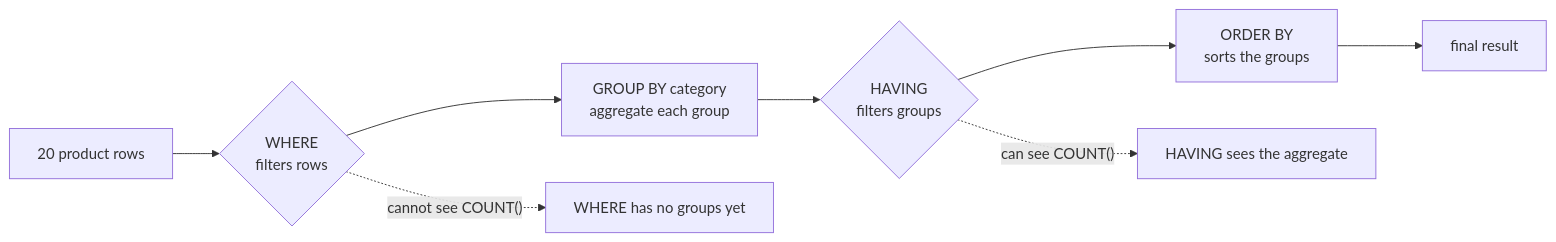
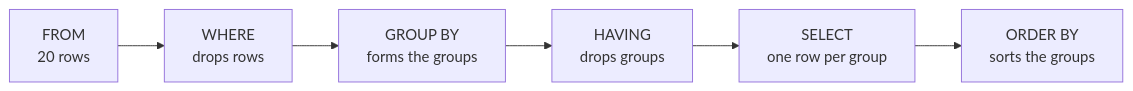
The second of 2 diagrams in web/src/data/content/f7.md (theakhandpatel/querycraft), drawn with Mermaid before and after one commit. The commit also changed other lines of this file and 61 other files, not shown here.

````diff
--- a/web/src/data/content/f7.md
+++ b/web/src/data/content/f7.md
@@ -27,10 +152,8 @@
 ```mermaid
 flowchart LR
-    R["20 product rows"] --> W{"WHERE<br/>filters rows"}
-    W --> G["GROUP BY category<br/>aggregate each group"]
-    G --> H{"HAVING<br/>filters groups"}
-    H --> O["ORDER BY<br/>sorts the groups"]
-    O --> F["final result"]
-    W -.->|"cannot see COUNT()"| X["WHERE has no groups yet"]
-    H -.->|"can see COUNT()"| Y["HAVING sees the aggregate"]
+    F["FROM<br/>20 rows"] --> W["WHERE<br/>drops rows"]
+    W --> G["GROUP BY<br/>forms the groups"]
+    G --> H["HAVING<br/>drops groups"]
+    H --> S["SELECT<br/>one row per group"]
+    S --> O["ORDER BY<br/>sorts the groups"]
 ```
````
